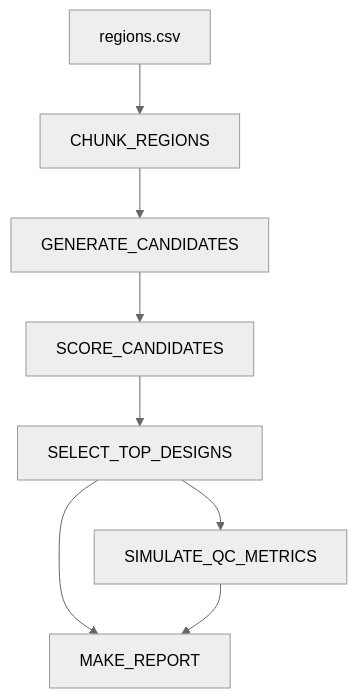
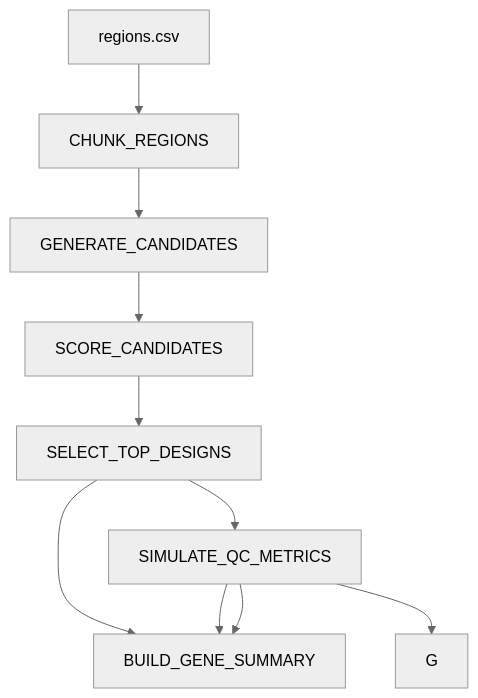
The first of 2 diagrams in README.md (zuheirzaidon/target-qc-nextflow), drawn with Mermaid (neutral theme) before and after one commit.

````diff
--- a/README.md
+++ b/README.md
@@ -22,10 +22,12 @@
 ```mermaid
 flowchart TD
     A[regions.csv] --> B[CHUNK_REGIONS]
     B --> C[GENERATE_CANDIDATES]
     C --> D[SCORE_CANDIDATES]
     D --> E[SELECT_TOP_DESIGNS]
     E --> F[SIMULATE_QC_METRICS]
-    E --> G[MAKE_REPORT]
+    E --> H[MAKE_REPORT]
+    F --> H[BUILD_GENE_SUMMARY]
     F --> G
+    F --> H
 ```
````
